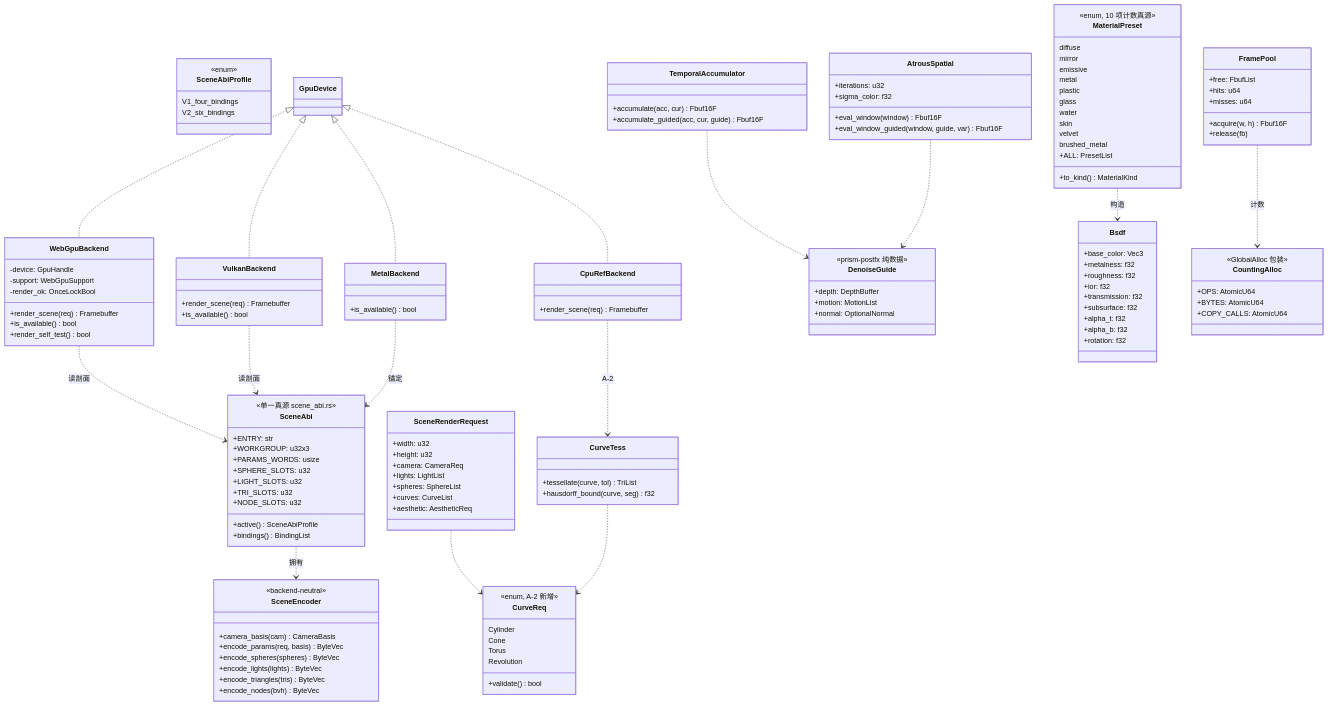
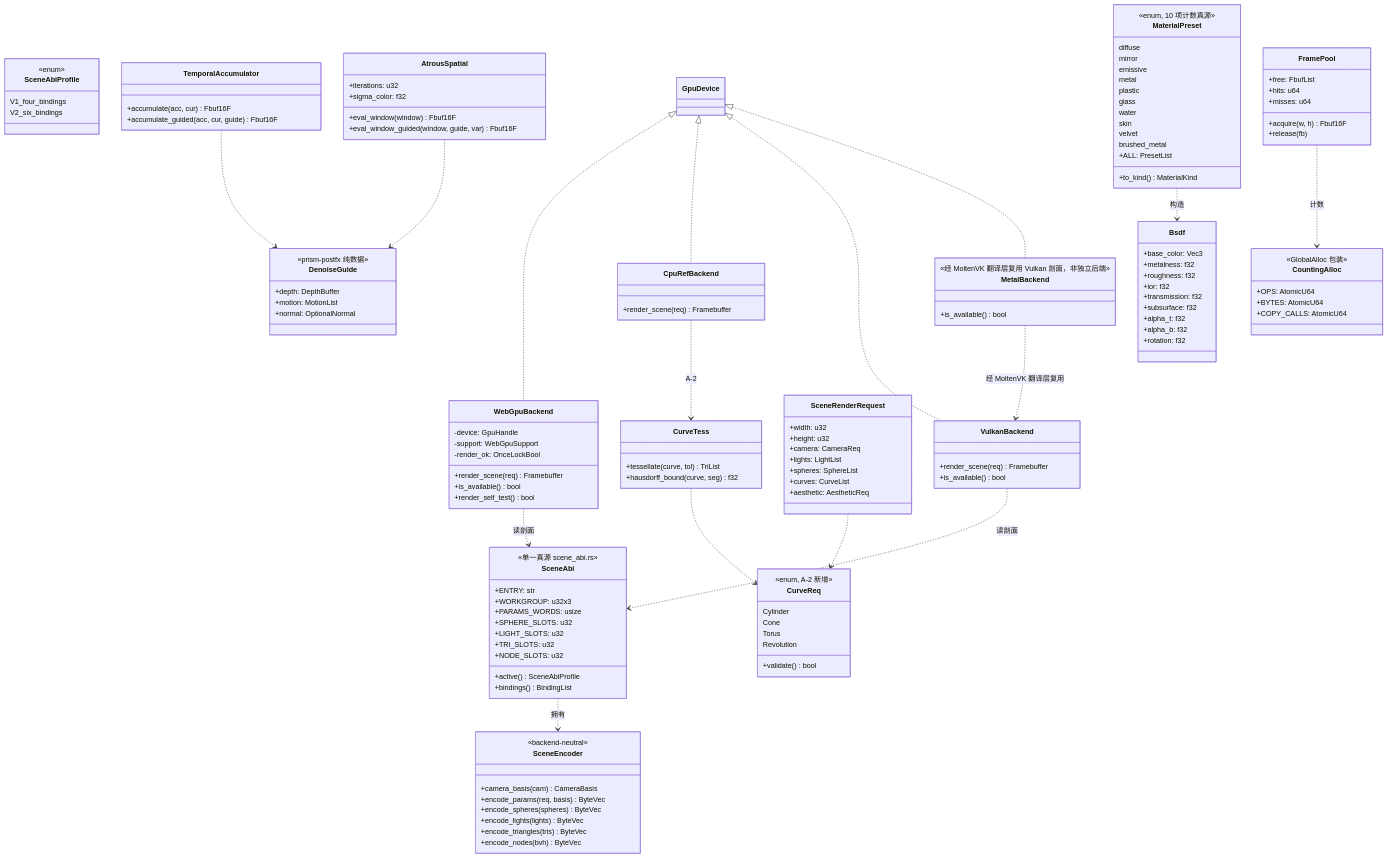
One commit to Qianjinqie/prism-engine changed the first of 4 diagrams in docs/v2.2-增量设计.md. Above: the diagram before and after it, drawn with Mermaid. The commit also changed other lines of this file and 1 other file, not shown here.

First line of the commit message:
docs: V2.2-A-3 Metal 改走 MoltenVK 翻译层复用 Vulkan 后端

```diff
--- a/docs/v2.2-增量设计.md
+++ b/docs/v2.2-增量设计.md
@@ -409,6 +411,7 @@
     }
     class MetalBackend {
         +is_available() bool
+        <<经 MoltenVK 翻译层复用 Vulkan 剖面，非独立后端>>
     }
     class SceneRenderRequest {
         +width: u32
@@ -493,7 +496,7 @@
     GpuDevice <|.. MetalBackend
     WebGpuBackend ..> SceneAbi : 读剖面
     VulkanBackend ..> SceneAbi : 读剖面
-    MetalBackend ..> SceneAbi : 锚定
+    MetalBackend ..> VulkanBackend : 经 MoltenVK 翻译层复用
     SceneAbi ..> SceneEncoder : 拥有
     CpuRefBackend ..> CurveTess : A-2
     SceneRenderRequest ..> CurveReq
```
